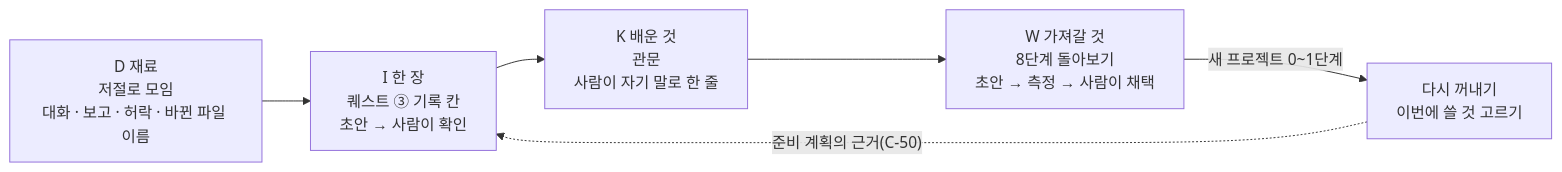
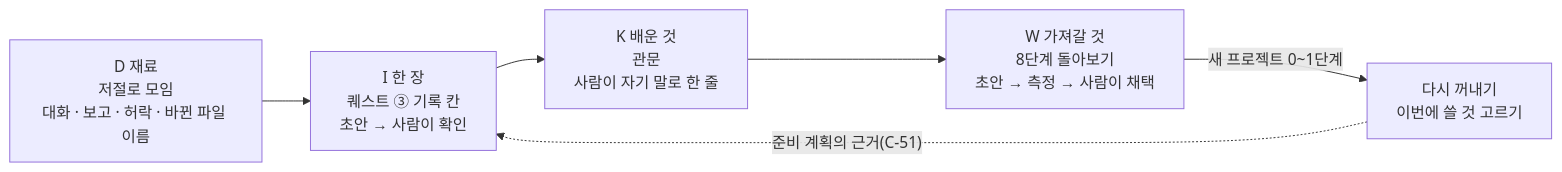
Before and after one commit to 2026-Codyssey-Final-Proj/Final-Proj: the diagram in 01-docs/00-overview/기록/simplify-비교-2026-10-27.md, drawn with Mermaid. The commit also changed other lines of this file and 3 other files, not shown here.

````diff
--- a/01-docs/00-overview/기록/simplify-비교-2026-10-27.md
+++ b/01-docs/00-overview/기록/simplify-비교-2026-10-27.md
@@ -70,8 +70,8 @@
 ```mermaid
 flowchart LR
     D["D 재료<br/>저절로 모임<br/>대화 · 보고 · 허락 · 바뀐 파일 이름"] --> I["I 한 장<br/>퀘스트 ③ 기록 칸<br/>초안 → 사람이 확인"]
     I --> K["K 배운 것<br/>관문<br/>사람이 자기 말로 한 줄"]
     K --> W["W 가져갈 것<br/>8단계 돌아보기<br/>초안 → 측정 → 사람이 채택"]
     W -->|"새 프로젝트 0~1단계"| N["다시 꺼내기<br/>이번에 쓸 것 고르기"]
-    N -.->|"준비 계획의 근거(C-50)"| I
+    N -.->|"준비 계획의 근거(C-51)"| I
 ```
````
